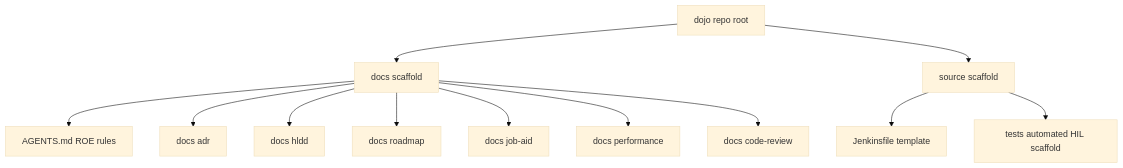
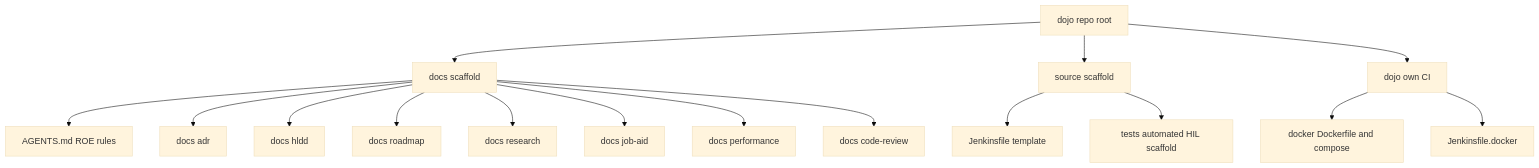
The diagram in docs/ARCHITECTURE.md (mhouse1/dojo), drawn with Mermaid (base theme) before and after one commit. The commit also changed other lines of this file and 9 other files, not shown here.

````diff
--- a/docs/ARCHITECTURE.md
+++ b/docs/ARCHITECTURE.md
@@ -11,14 +11,18 @@
 ```mermaid
 graph TD
     Dojo[dojo repo root] --> Docs[docs scaffold]
     Dojo --> Source[source scaffold]
+    Dojo --> Ci[dojo own CI]
+    Ci --> DockerEnv[docker Dockerfile and compose]
+    Ci --> JenkinsfileDocker[Jenkinsfile.docker]
     Docs --> Agents[AGENTS.md ROE rules]
     Docs --> Adr[docs adr]
     Docs --> Hldd[docs hldd]
     Docs --> Roadmap[docs roadmap]
+    Docs --> Research[docs research]
     Docs --> JobAid[docs job-aid]
     Docs --> Performance[docs performance]
     Docs --> CodeReview[docs code-review]
     Source --> Jenkinsfile[Jenkinsfile template]
     Source --> AutomatedTests[tests automated HIL scaffold]
 ```
````
